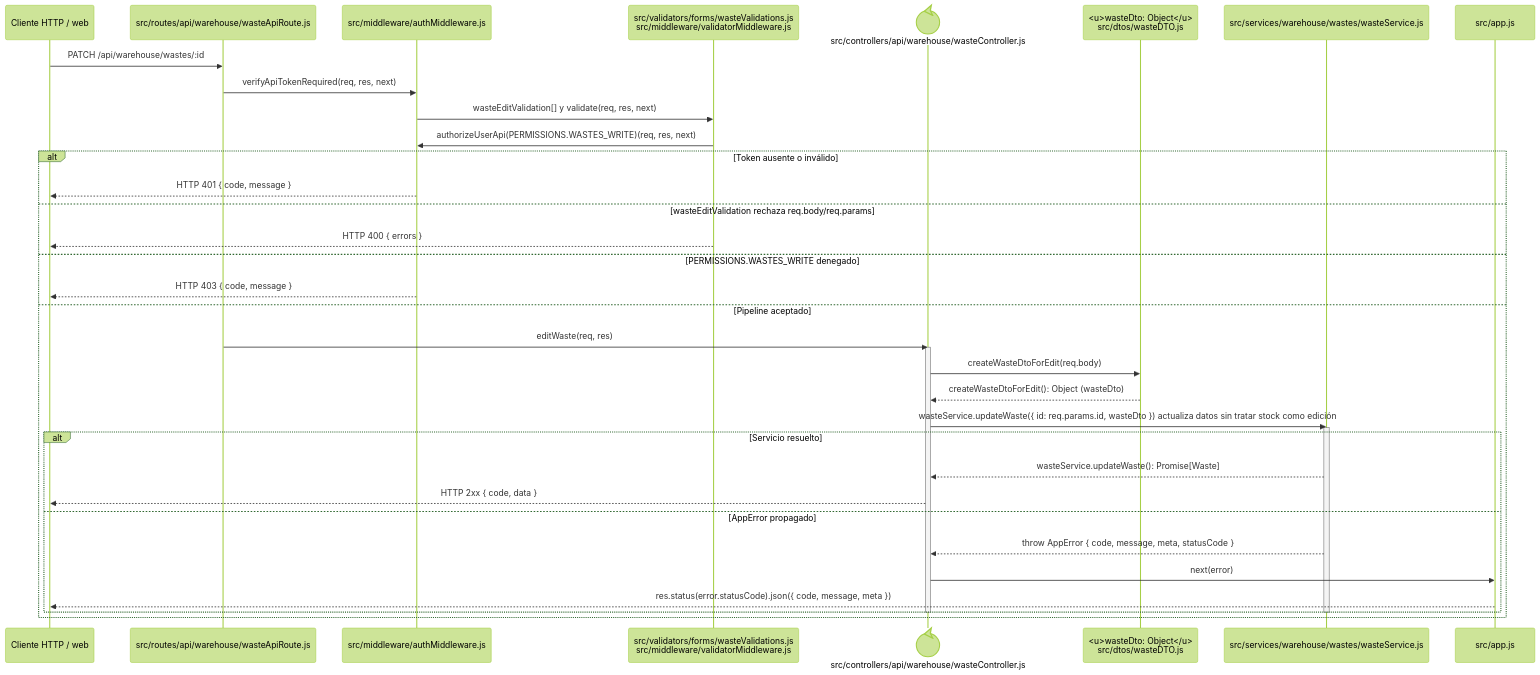
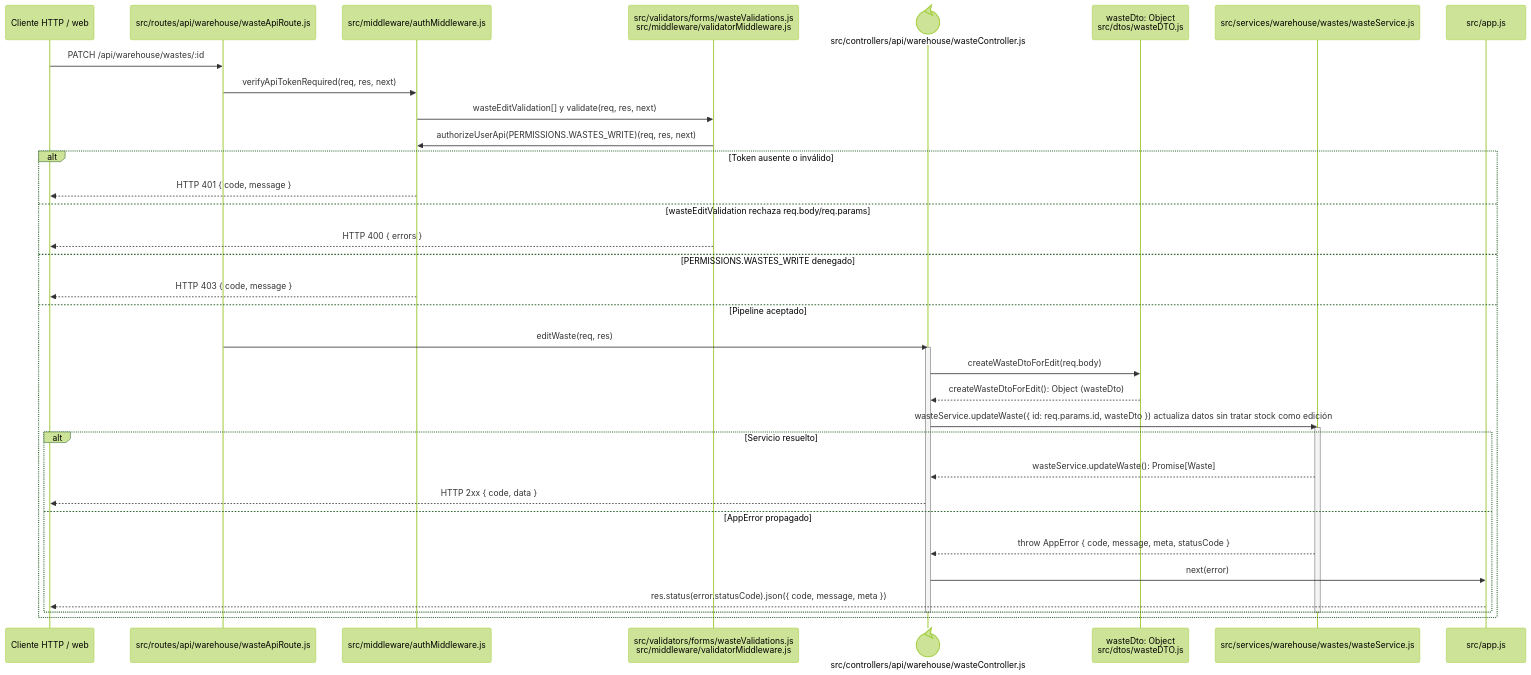
One commit to gpgsistemas01/nexus changed the diagram in docs/architecture/backend-code-sequences/catalogs/cu-alm-11.md. Above: the diagram before and after it, drawn with Mermaid (forest theme). The commit also changed 38 other files, not shown here.

````diff
--- a/docs/architecture/backend-code-sequences/catalogs/cu-alm-11.md
+++ b/docs/architecture/backend-code-sequences/catalogs/cu-alm-11.md
@@ -6,40 +6,40 @@
 ```mermaid
 sequenceDiagram
     participant Client as Cliente HTTP / web
     participant Route as src/routes/api/warehouse/wasteApiRoute.js
     participant Auth as src/middleware/authMiddleware.js
     participant Validator as src/validators/forms/wasteValidations.js<br/>src/middleware/validatorMiddleware.js
     participant Controller@{ "type": "control" } as src/controllers/api/warehouse/wasteController.js
-    participant WasteDto as <u>wasteDto: Object</u><br/>src/dtos/wasteDTO.js
+    participant WasteDto as wasteDto: Object<br/>src/dtos/wasteDTO.js
     participant Domain as src/services/warehouse/wastes/wasteService.js
     participant ErrorHandler as src/app.js
 
     Client->>Route: PATCH /api/warehouse/wastes/:id
     Route->>Auth: verifyApiTokenRequired(req, res, next)
     Auth->>Validator: wasteEditValidation[] y validate(req, res, next)
     Validator->>Auth: authorizeUserApi(PERMISSIONS.WASTES_WRITE)(req, res, next)
     alt Token ausente o inválido
         Auth-->>Client: HTTP 401 { code, message }
     else wasteEditValidation rechaza req.body/req.params
         Validator-->>Client: HTTP 400 { errors }
     else PERMISSIONS.WASTES_WRITE denegado
         Auth-->>Client: HTTP 403 { code, message }
     else Pipeline aceptado
         Route->>Controller: editWaste(req, res)
         activate Controller
         Controller->>WasteDto: createWasteDtoForEdit(req.body)
         WasteDto-->>Controller: createWasteDtoForEdit(): Object (wasteDto)
         Controller->>Domain: wasteService.updateWaste({ id: req.params.id, wasteDto }) actualiza datos sin tratar stock como edición
         activate Domain
         alt Servicio resuelto
             Domain-->>Controller: wasteService.updateWaste(): Promise[Waste]
             Controller-->>Client: HTTP 2xx { code, data }
         else AppError propagado
             Domain-->>Controller: throw AppError { code, message, meta, statusCode }
             Controller->>ErrorHandler: next(error)
             ErrorHandler-->>Client: res.status(error.statusCode).json({ code, message, meta })
         end
         deactivate Domain
         deactivate Controller
     end
 ```
````
